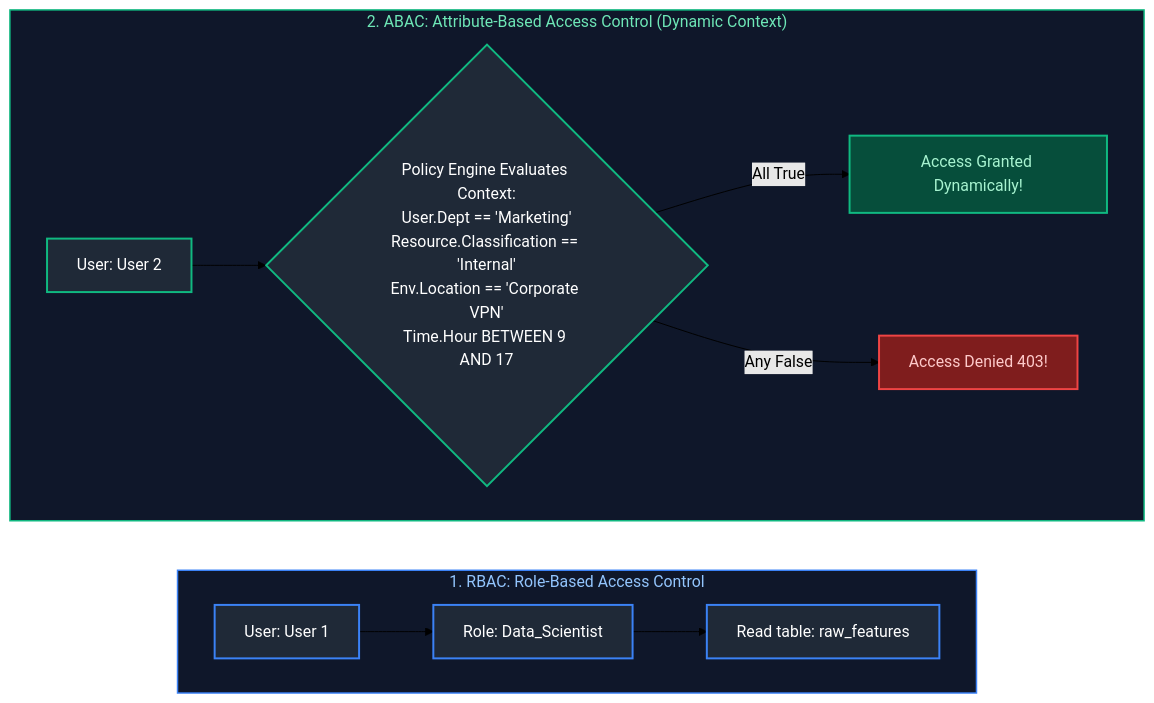
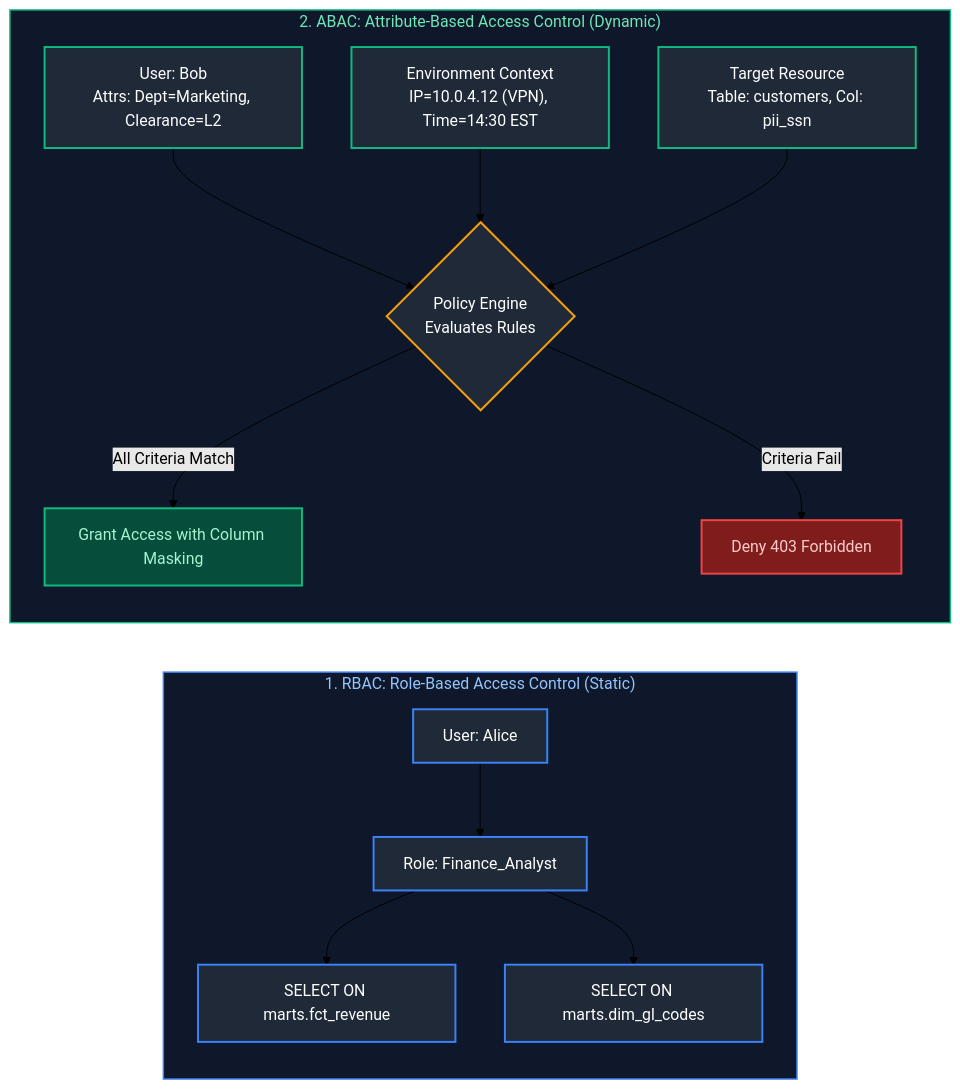
The second of 9 diagrams in Data Engineering/14_data_governance_security_and_observability.md (joydeep-biswas/Interview-Preparation), drawn with Mermaid (forest theme) before and after one commit. The commit also changed other lines of this file and 143 other files, not shown here.

````diff
--- a/Data Engineering/14_data_governance_security_and_observability.md
+++ b/Data Engineering/14_data_governance_security_and_observability.md
@@ -106,28 +118,33 @@
 ```mermaid
 flowchart LR
-    subgraph RBAC_Model ["1. RBAC: Role-Based Access Control"]
-        direction LR
-        User1[User: User 1] --> Role[Role: Data_Scientist]
-        Role --> Perm1[Read table: raw_features]
+    subgraph RBAC_Architecture ["1. RBAC: Role-Based Access Control (Static)"]
+        direction TB
+        UserA["User: Alice"] --> RoleA["Role: Finance_Analyst"]
+        RoleA --> Perm1["SELECT ON marts.fct_revenue"]
+        RoleA --> Perm2["SELECT ON marts.dim_gl_codes"]
     end
 
-    subgraph ABAC_Model ["2. ABAC: Attribute-Based Access Control (Dynamic Context)"]
-        direction LR
-        User2[User: User 2]
-        Policy{"Policy Engine Evaluates Context:<br/>User.Dept == 'Marketing'<br/>Resource.Classification == 'Internal'<br/>Env.Location == 'Corporate VPN'<br/>Time.Hour BETWEEN 9 AND 17"}
-        User2 --> Policy
-        Policy -- All True --> Grant[Access Granted Dynamically!]
-        Policy -- Any False --> Deny[Access Denied 403!]
+    subgraph ABAC_Architecture ["2. ABAC: Attribute-Based Access Control (Dynamic)"]
+        direction TB
+        UserB["User: Bob<br/>Attrs: Dept=Marketing, Clearance=L2"]
+        Env["Environment Context<br/>IP=10.0.4.12 (VPN), Time=14:30 EST"]
+        Res["Target Resource<br/>Table: customers, Col: pii_ssn"]
+        PolicyEngine{"Policy Engine<br/>Evaluates Rules"}
+        UserB & Env & Res --> PolicyEngine
+        PolicyEngine -- All Criteria Match --> Grant["Grant Access with Column Masking"]
+        PolicyEngine -- Criteria Fail --> Deny["Deny 403 Forbidden"]
     end
 
-    style RBAC_Model fill:#0f172a,stroke:#3b82f6,stroke-width:1.5px,color:#93c5fd
-    style ABAC_Model fill:#0f172a,stroke:#10b981,stroke-width:1.5px,color:#6ee7b7
-
-    style User1 fill:#1f2937,stroke:#3b82f6,stroke-width:2px,color:#fff
-    style Role fill:#1f2937,stroke:#3b82f6,stroke-width:2px,color:#fff
+    style RBAC_Architecture fill:#0f172a,stroke:#3b82f6,stroke-width:1.5px,color:#93c5fd
+    style ABAC_Architecture fill:#0f172a,stroke:#10b981,stroke-width:1.5px,color:#6ee7b7
+    style UserA fill:#1f2937,stroke:#3b82f6,stroke-width:2px,color:#fff
+    style RoleA fill:#1f2937,stroke:#3b82f6,stroke-width:2px,color:#fff
     style Perm1 fill:#1f2937,stroke:#3b82f6,stroke-width:2px,color:#fff
-    style User2 fill:#1f2937,stroke:#10b981,stroke-width:2px,color:#fff
-    style Policy fill:#1f2937,stroke:#10b981,stroke-width:2px,color:#fff
+    style Perm2 fill:#1f2937,stroke:#3b82f6,stroke-width:2px,color:#fff
+    style UserB fill:#1f2937,stroke:#10b981,stroke-width:2px,color:#fff
+    style Env fill:#1f2937,stroke:#10b981,stroke-width:2px,color:#fff
+    style Res fill:#1f2937,stroke:#10b981,stroke-width:2px,color:#fff
+    style PolicyEngine fill:#1f2937,stroke:#f59e0b,stroke-width:2px,color:#fff
     style Grant fill:#064e3b,stroke:#10b981,stroke-width:2px,color:#a7f3d0
     style Deny fill:#7f1d1d,stroke:#ef4444,stroke-width:2px,color:#fecaca
 ```
````
